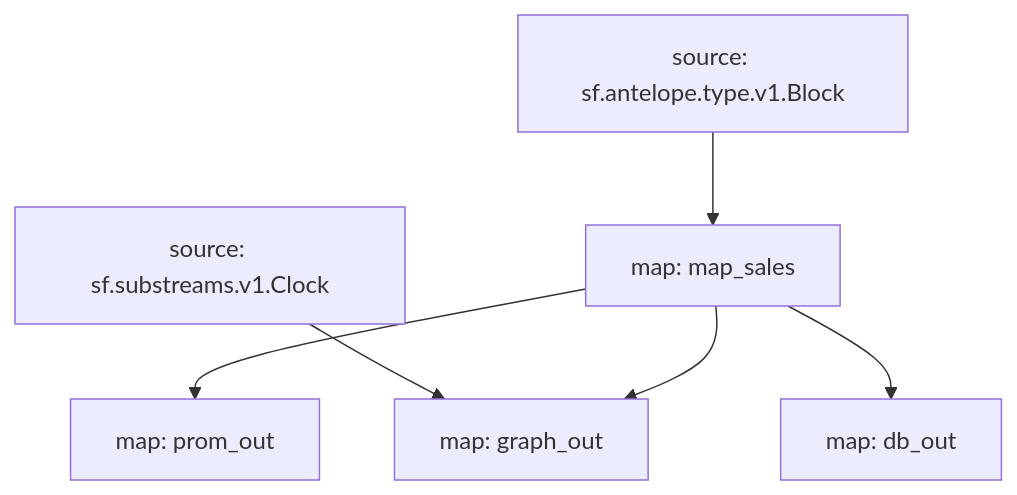
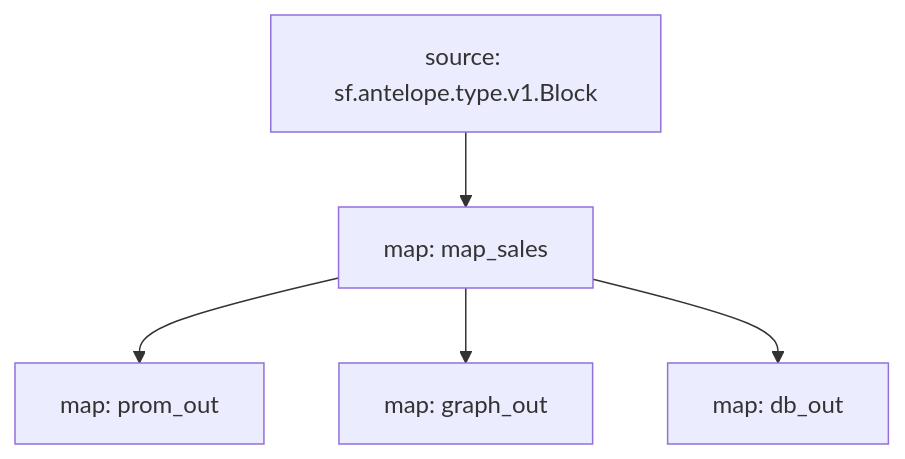
Before and after one commit to pinax-network/substreams-atomicmarket: the diagram in README.md, drawn with Mermaid. The commit also changed other lines of this file, not shown here.

````diff
--- a/README.md
+++ b/README.md
@@ -20,13 +20,12 @@
 ```mermaid
 graph TD;
   map_sales[map: map_sales];
   sf.antelope.type.v1.Block[source: sf.antelope.type.v1.Block] --> map_sales;
   prom_out[map: prom_out];
   map_sales --> prom_out;
   graph_out[map: graph_out];
-  sf.substreams.v1.Clock[source: sf.substreams.v1.Clock] --> graph_out;
   map_sales --> graph_out;
   db_out[map: db_out];
   map_sales --> db_out;
 
 ```
````
